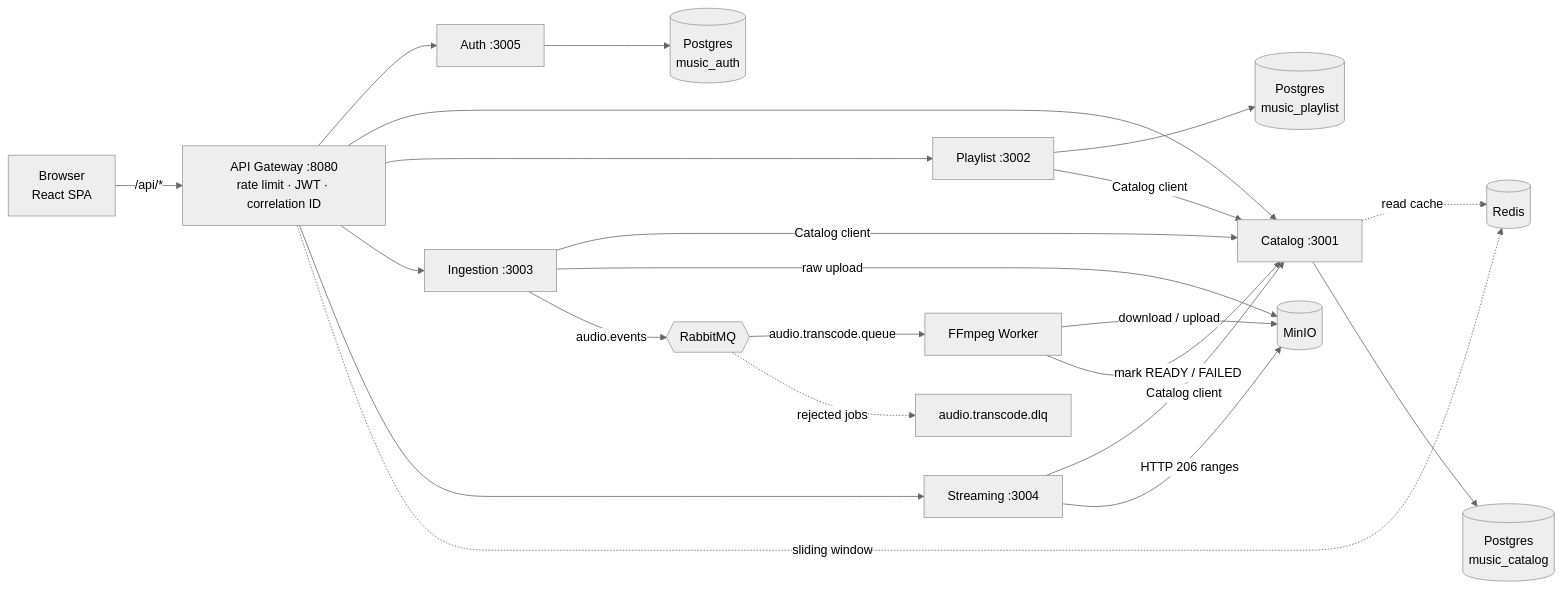
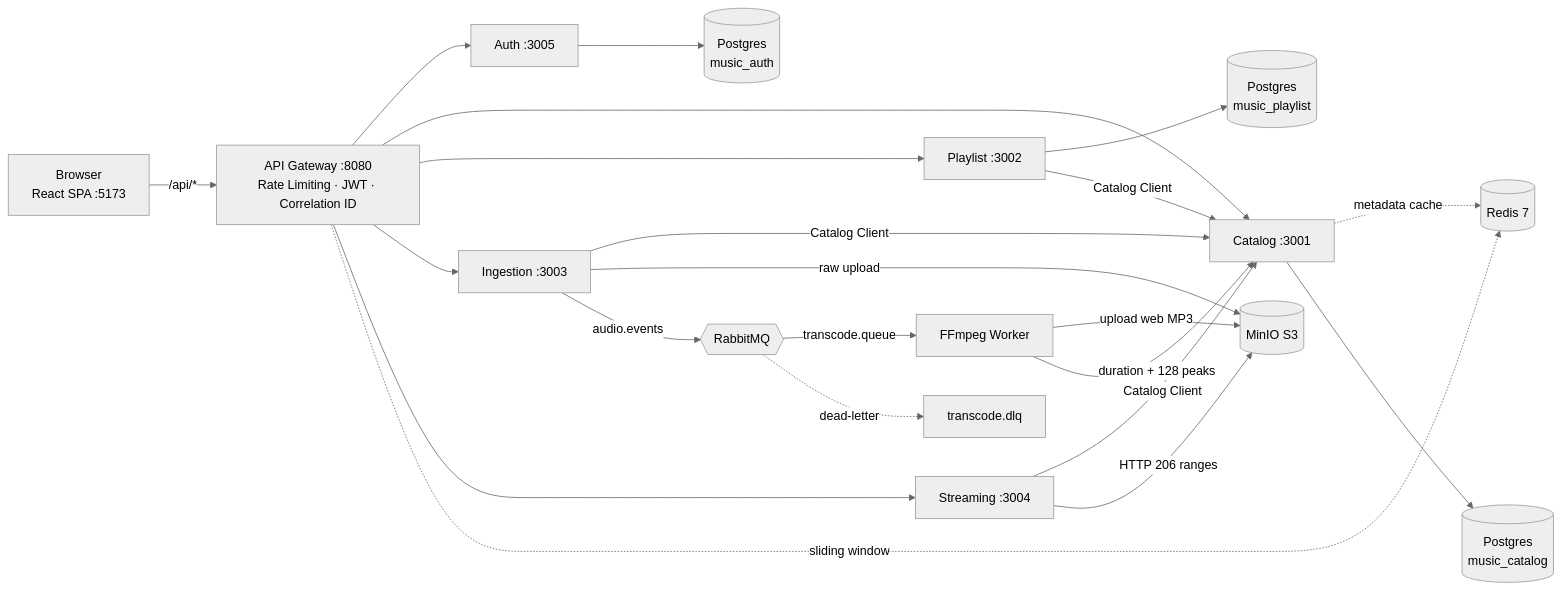
One commit to nandesh2k25/Distributed-Event-Driven-Multimedia-Streaming-Platform. changed the diagram in README.md. Above: the diagram before and after it, drawn with Mermaid (neutral theme). The commit also changed other lines of this file and 6 other files, not shown here.

````diff
--- a/README.md
+++ b/README.md
@@ -31,27 +19,27 @@
 ```mermaid
 flowchart LR
-    Browser["Browser<br/>React SPA"] -->|"/api/*"| GW["API Gateway :8080<br/>rate limit · JWT · correlation ID"]
+    Browser["Browser<br/>React SPA :5173"] -->|"/api/*"| GW["API Gateway :8080<br/>Rate Limiting · JWT · Correlation ID"]
     GW --> Auth["Auth :3005"]
     GW --> Catalog["Catalog :3001"]
     GW --> Playlist["Playlist :3002"]
     GW --> Ingest["Ingestion :3003"]
     GW --> Stream["Streaming :3004"]
 
-    GW -.->|"sliding window"| Redis[("Redis")]
-    Catalog -.->|"read cache"| Redis
+    GW -.->|"sliding window"| Redis[("Redis 7")]
+    Catalog -.->|"metadata cache"| Redis
     Auth --> PGA[("Postgres<br/>music_auth")]
     Catalog --> PGC[("Postgres<br/>music_catalog")]
     Playlist --> PGP[("Postgres<br/>music_playlist")]
 
-    Playlist -->|"Catalog client"| Catalog
-    Stream -->|"Catalog client"| Catalog
-    Ingest -->|"Catalog client"| Catalog
+    Playlist -->|"Catalog Client"| Catalog
+    Stream -->|"Catalog Client"| Catalog
+    Ingest -->|"Catalog Client"| Catalog
 
-    Ingest -->|"raw upload"| Minio[("MinIO")]
+    Ingest -->|"raw upload"| MinIO[("MinIO S3")]
     Ingest -->|"audio.events"| MQ{{"RabbitMQ"}}
-    MQ -->|"audio.transcode.queue"| Worker["FFmpeg Worker"]
-    MQ -.->|"rejected jobs"| DLQ["audio.transcode.dlq"]
-    Worker -->|"download / upload"| Minio
-    Worker -->|"mark READY / FAILED"| Catalog
-    Stream -->|"HTTP 206 ranges"| Minio
+    MQ -->|"transcode.queue"| Worker["FFmpeg Worker"]
+    MQ -.->|"dead-letter"| DLQ["transcode.dlq"]
+    Worker -->|"upload web MP3"| MinIO
+    Worker -->|"duration + 128 peaks"| Catalog
+    Stream -->|"HTTP 206 ranges"| MinIO
 ```
````
